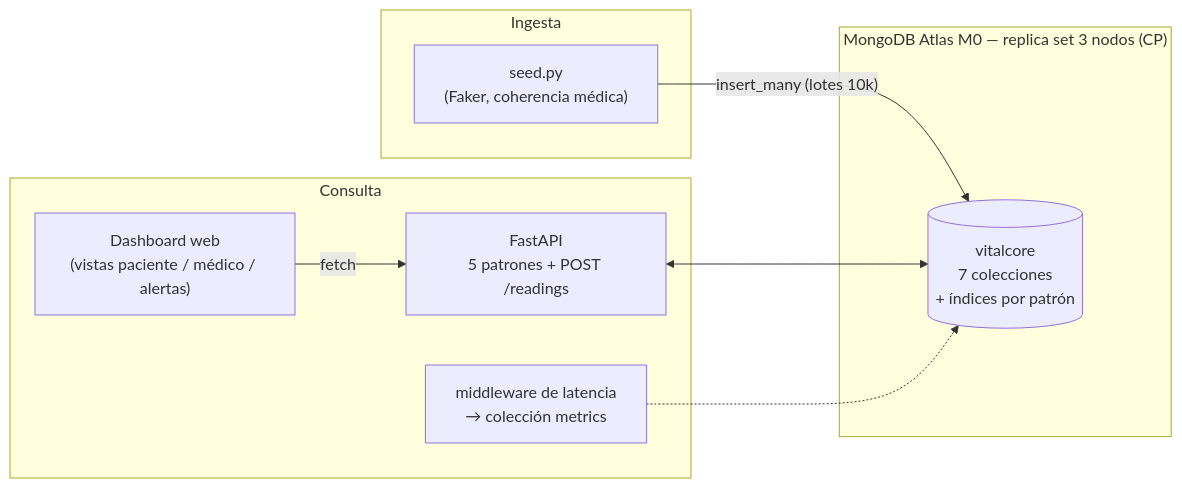
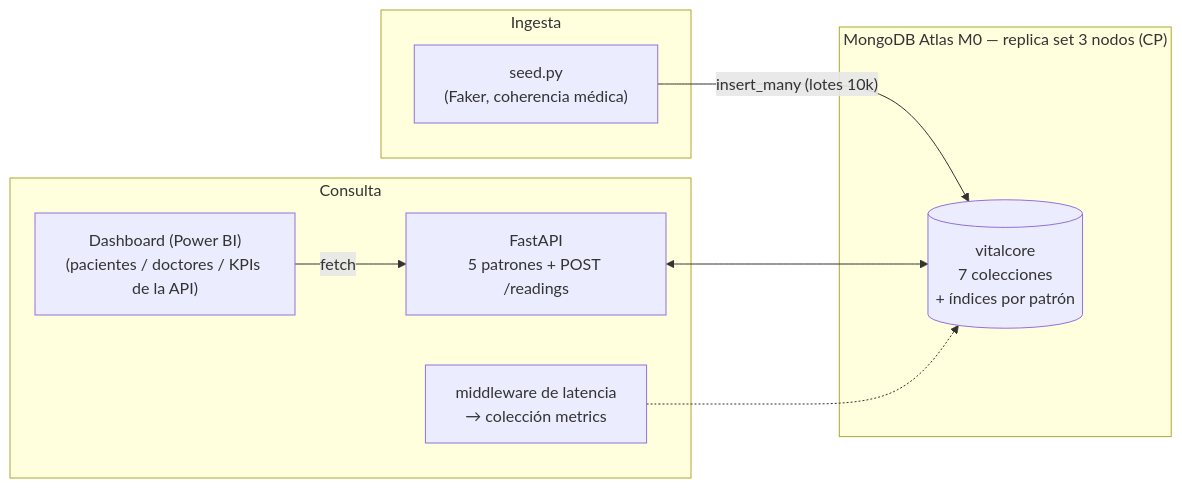
The diagram in docs/documento_tecnico.md (Luisguslg/vitalcore), drawn with Mermaid before and after one commit. The commit also changed other lines of this file and 3 other files, not shown here.

````diff
--- a/docs/documento_tecnico.md
+++ b/docs/documento_tecnico.md
@@ -177,18 +174,18 @@
 ```mermaid
 flowchart LR
     subgraph Ingesta
         S["seed.py<br/>(Faker, coherencia médica)"]
     end
     subgraph Nube["MongoDB Atlas M0 — replica set 3 nodos (CP)"]
         DB[("vitalcore<br/>7 colecciones<br/>+ índices por patrón")]
     end
     subgraph Consulta
         API["FastAPI<br/>5 patrones + POST /readings"]
         MID["middleware de latencia<br/>→ colección metrics"]
-        DASH["Dashboard web<br/>(vistas paciente / médico / alertas)"]
+        DASH["Dashboard (Power BI)<br/>(pacientes / doctores / KPIs de la API)"]
     end
     S -- "insert_many (lotes 10k)" --> DB
     API <--> DB
     MID -.-> DB
     DASH -- fetch --> API
 ```
````
